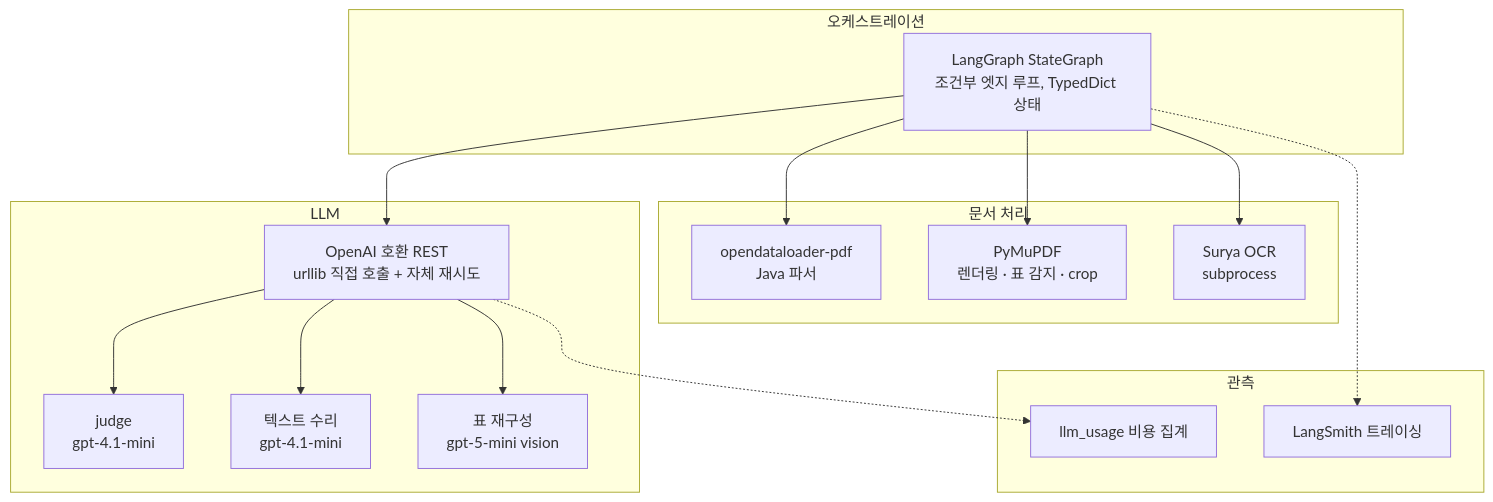
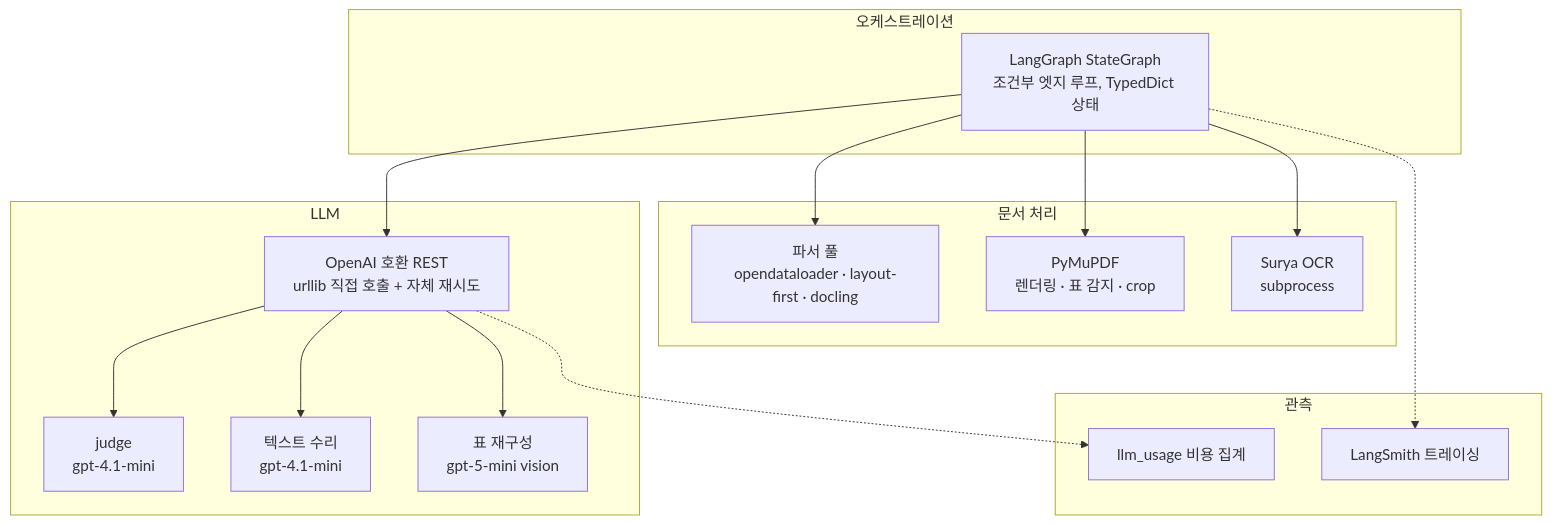
One commit to chaeminyoon/parsing-agent changed the second of 2 diagrams in README.ko.md. Above: the diagram before and after it, drawn with Mermaid. The commit also changed other lines of this file and 1 other file, not shown here.

First line of the commit message:
docs: full README audit — fix stale counts, complete the module layout, surface fusion/TOC

````diff
--- a/README.ko.md
+++ b/README.ko.md
@@ -447,27 +449,27 @@
 ```mermaid
 graph TB
     subgraph 오케스트레이션
         LG[LangGraph StateGraph<br/>조건부 엣지 루프, TypedDict 상태]
     end
     subgraph LLM
         HTTP[OpenAI 호환 REST<br/>urllib 직접 호출 + 자체 재시도]
         HTTP --> J[judge<br/>gpt-4.1-mini]
         HTTP --> T[텍스트 수리<br/>gpt-4.1-mini]
         HTTP --> V[표 재구성<br/>gpt-5-mini vision]
     end
     subgraph 문서 처리
-        ODL[opendataloader-pdf<br/>Java 파서]
+        ODL[파서 풀<br/>opendataloader · layout-first · docling]
         FITZ[PyMuPDF<br/>렌더링 · 표 감지 · crop]
         OCR[Surya OCR<br/>subprocess]
     end
     subgraph 관측
         LS[LangSmith 트레이싱]
         USE[llm_usage 비용 집계]
     end
     LG --> HTTP
     LG --> ODL
     LG --> FITZ
     LG --> OCR
     LG -.-> LS
     HTTP -.-> USE
 ```
````
